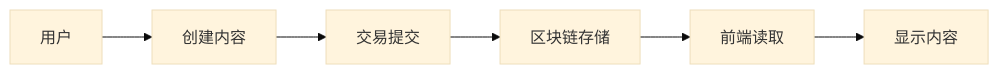
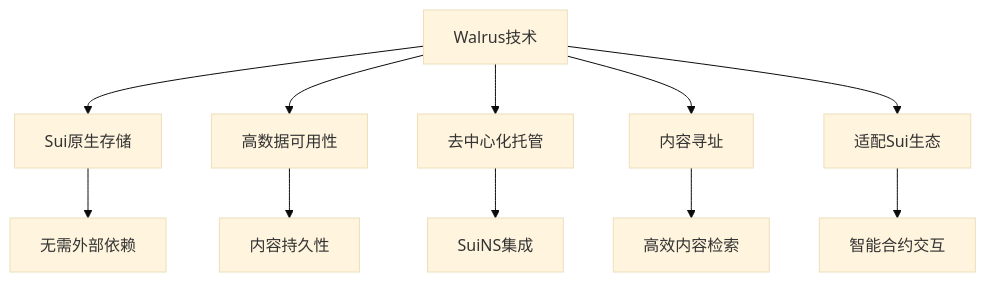
One commit to DudeGuuud/NarrFlow-Web3 changed the seventh of 13 diagrams in demonstrate.md. Above: the diagram before and after it, drawn with Mermaid (base theme). The commit also changed other lines of this file and 3 other files, not shown here.

````diff
--- a/demonstrate.md
+++ b/demonstrate.md
@@ -218,8 +209,14 @@
 ```mermaid
-graph LR
-    A[用户] --> B[创建内容]
-    B --> C[交易提交]
-    C --> D[区块链存储]
-    D --> E[前端读取]
-    E --> F[显示内容]
+graph TD
+    A[Walrus技术] --> B[Sui原生存储]
+    A --> C[高数据可用性]
+    A --> D[去中心化托管]
+    A --> E[内容寻址]
+    A --> F[适配Sui生态]
+    
+    B --> G[无需外部依赖]
+    C --> H[内容持久性]
+    D --> I[SuiNS集成]
+    E --> J[高效内容检索]
+    F --> K[智能合约交互]
 ```
````
